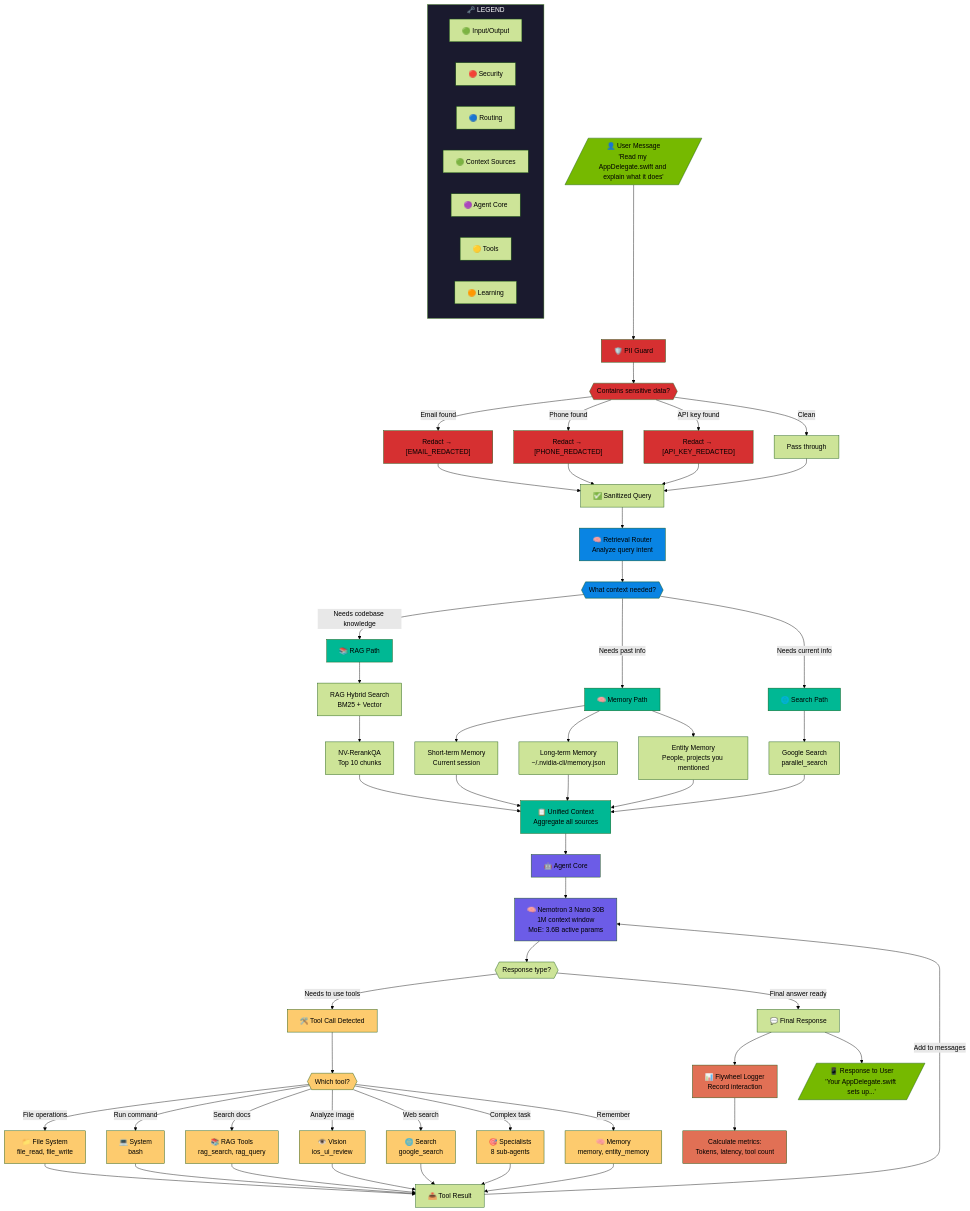
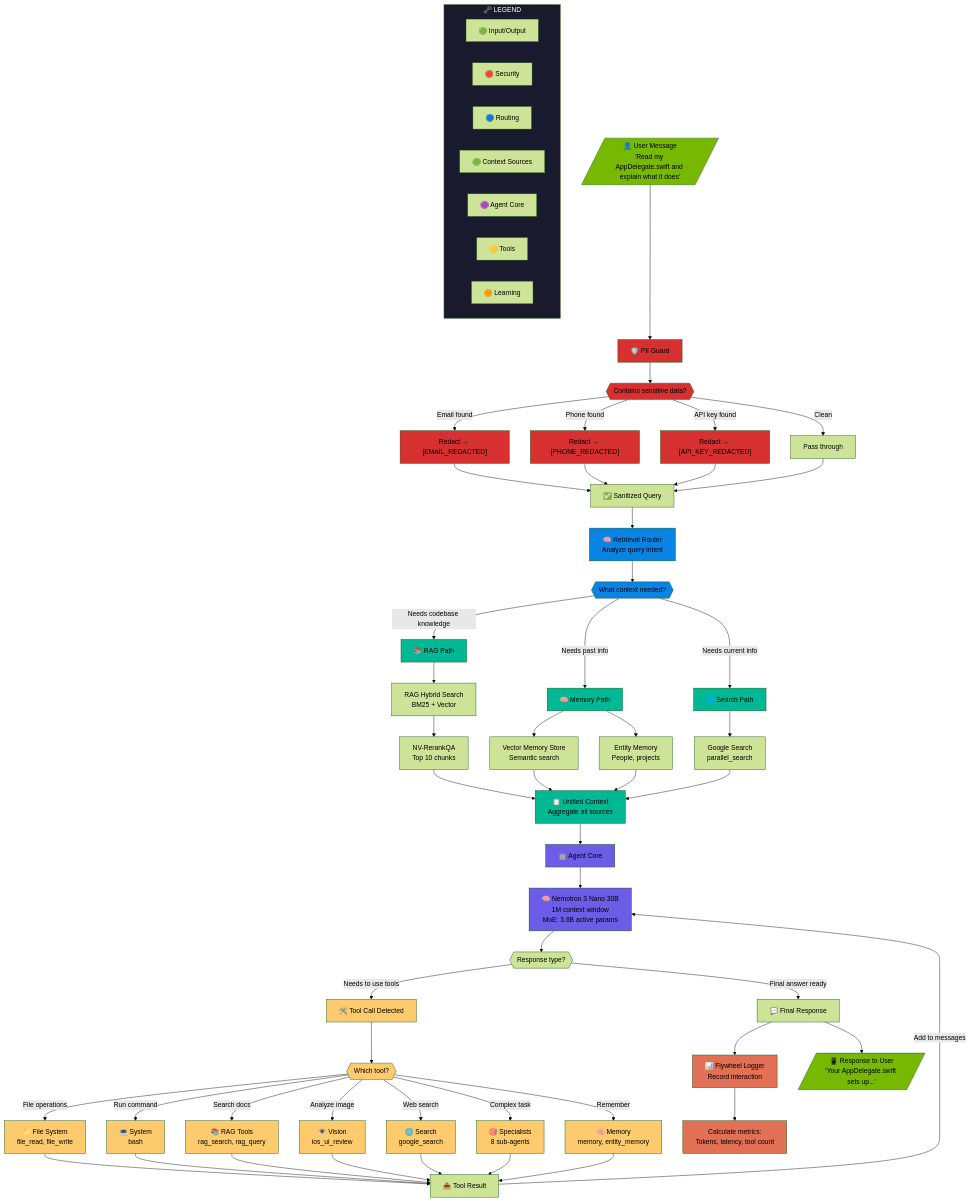
The fourth of 7 diagrams in README.md (caser-legal/nvidia-cli), drawn with Mermaid (forest theme) before and after one commit. The commit also changed other lines of this file and 1 other file, not shown here.

First line of the commit message:
Update README and SYSTEM_DOCS for vector memory

```diff
--- a/README.md
+++ b/README.md
@@ -454,11 +454,9 @@
     RAG_RERANK --> CONTEXT
     
     %% Memory Branch
-    MEM_PATH --> STM["Short-term Memory<br/>Current session"]
-    MEM_PATH --> LTM["Long-term Memory<br/>~/.nvidia-cli/memory.json"]
-    MEM_PATH --> ENT["Entity Memory<br/>People, projects you mentioned"]
-    STM --> CONTEXT
-    LTM --> CONTEXT
+    MEM_PATH --> VMEM["Vector Memory Store<br/>Semantic search"]
+    MEM_PATH --> ENT["Entity Memory<br/>People, projects"]
+    VMEM --> CONTEXT
     ENT --> CONTEXT
     
     %% Search Branch
```
